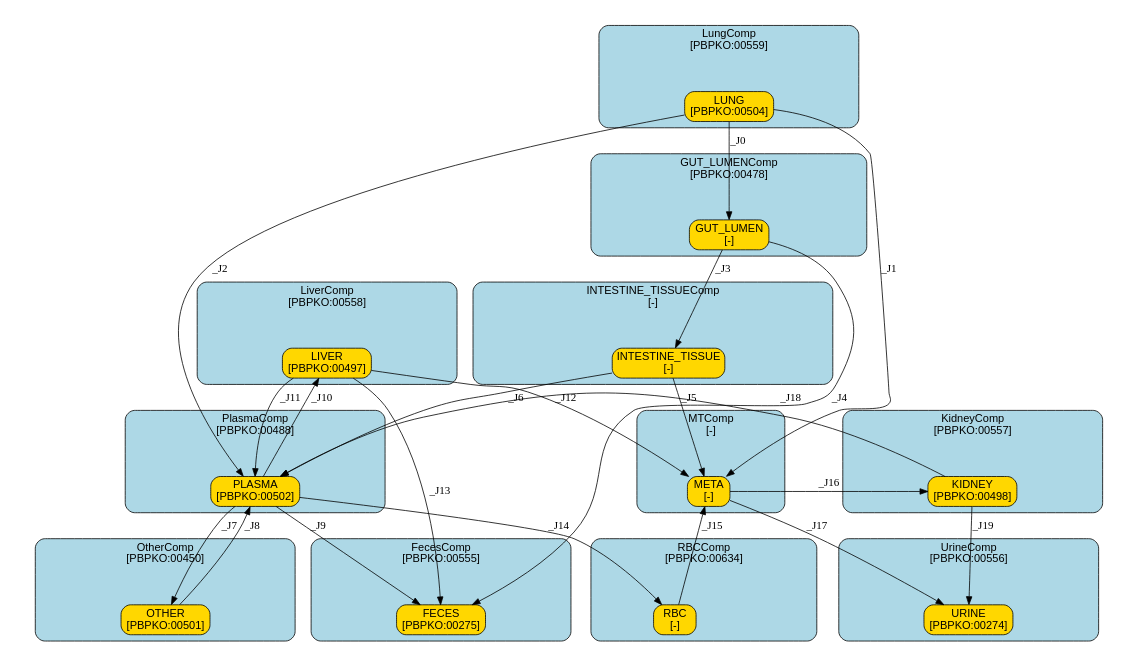
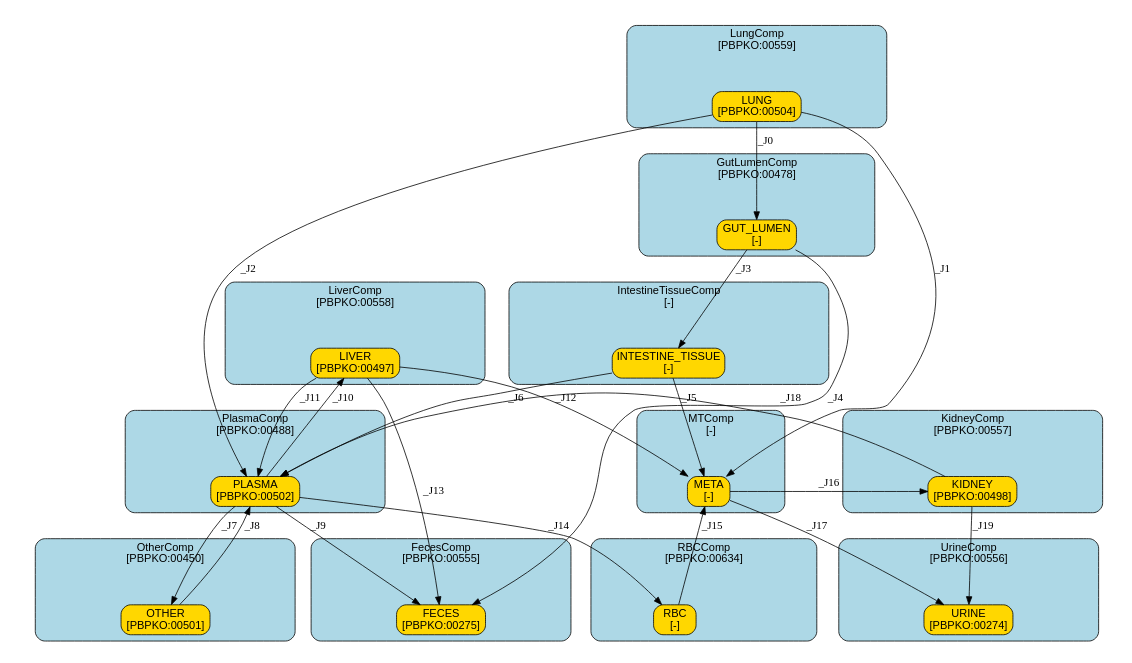
One commit to fair-pbk/pbk-cd changed the diagram in docs/pbk_cd_gastellu_2026_revised.report.dot. Above: the diagram before and after it, drawn with Graphviz. The commit also changed 11 other files, not shown here.

```diff
--- a/docs/pbk_cd_gastellu_2026_revised.report.dot
+++ b/docs/pbk_cd_gastellu_2026_revised.report.dot
@@ -21,12 +21,12 @@
 			shape=box,
 			style="filled,rounded"];
 	}
-	subgraph cluster_GUT_LUMENComp {
+	subgraph cluster_GutLumenComp {
 		graph [color=black,
 			fillcolor=lightblue,
 			fontname=Arial,
-			href="#compartment-GUT_LUMENComp",
-			label="GUT_LUMENComp
+			href="#compartment-GutLumenComp",
+			label="GutLumenComp
 [PBPKO:00478]",
 			shape=box,
 			style="filled,rounded"
@@ -39,12 +39,12 @@
 			shape=box,
 			style="filled,rounded"];
 	}
-	subgraph cluster_INTESTINE_TISSUEComp {
+	subgraph cluster_IntestineTissueComp {
 		graph [color=black,
 			fillcolor=lightblue,
 			fontname=Arial,
-			href="#compartment-INTESTINE_TISSUEComp",
-			label="INTESTINE_TISSUEComp
+			href="#compartment-IntestineTissueComp",
+			label="IntestineTissueComp
 [-]",
 			shape=box,
 			style="filled,rounded"
```
